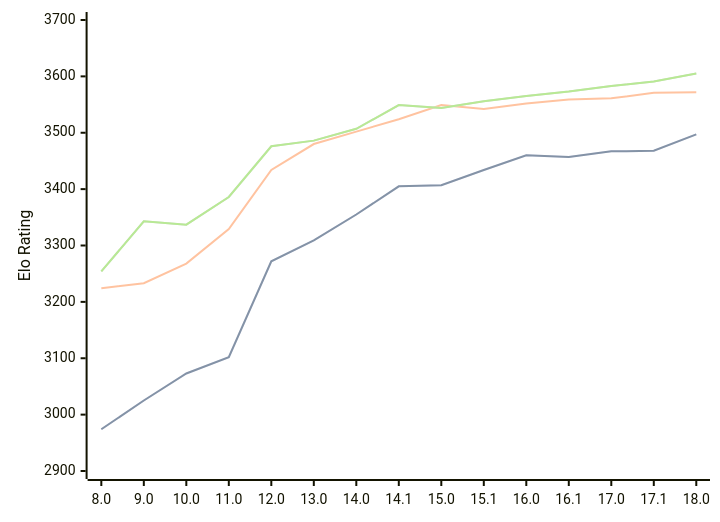
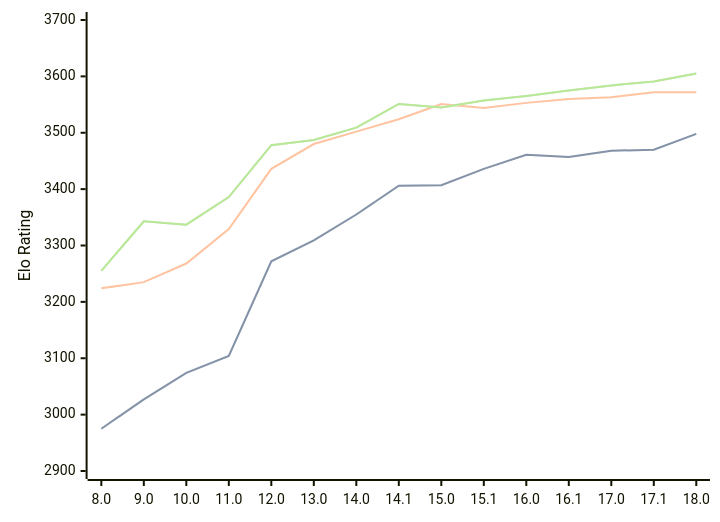
One commit to computer-chess-index/cci changed the first of 3 diagrams in engines/Stockfish.md. Above: the diagram before and after it, drawn with Mermaid. The commit also changed other lines of this file, not shown here.

Commit message:
Update CCI Ratings (ELO VLTC) - 2026-06-24

````diff
--- a/engines/Stockfish.md
+++ b/engines/Stockfish.md
@@ -46,11 +46,11 @@
 ```mermaid
 %%{init: {"theme":"base","themeVariables":{"seriesColors:['#a3a3a3','#222221','#faa371']}}}%%
 xychart-beta
   x-axis ["8.0", "9.0", "10.0", "11.0", "12.0", "13.0", "14.0", "14.1", "15.0", "15.1", "16.0", "16.1", "17.0", "17.1", "18.0"]
   y-axis "Elo Rating" 2900 --> 3700
-  line "STC (8.0+0.08s)" [2974, 3025, 3073, 3102, 3272, 3309, 3355, 3405, 3407, 3434, 3460, 3457, 3467, 3468, 3497]
-  line "STC (8.0+0.08s)" [2974, 3025, 3073, 3102, 3272, 3309, 3355, 3405, 3407, 3434, 3460, 3457, 3467, 3468, 3497]
-  line "LTC (60.0+0.60s)" [3224, 3233, 3268, 3329, 3434, 3480, 3502, 3524, 3549, 3542, 3552, 3559, 3561, 3571, 3572]
-  line "VLTC (2m24s+1.12s)" [3254, 3343, 3337, 3386, 3476, 3486, 3507, 3549, 3544, 3556, 3565, 3573, 3583, 3591, 3605]
-  line "VLTC (2m24s+1.12s)" [3254, 3343, 3337, 3386, 3476, 3486, 3507, 3549, 3544, 3556, 3565, 3573, 3583, 3591, 3605]
+  line "STC (8.0+0.08s)" [2975, 3027, 3074, 3104, 3272, 3309, 3355, 3406, 3407, 3436, 3461, 3457, 3468, 3470, 3498]
+  line "STC (8.0+0.08s)" [2975, 3027, 3074, 3104, 3272, 3309, 3355, 3406, 3407, 3436, 3461, 3457, 3468, 3470, 3498]
+  line "LTC (60.0+0.60s)" [3224, 3235, 3268, 3329, 3436, 3480, 3502, 3524, 3551, 3544, 3553, 3560, 3563, 3572, 3572]
+  line "VLTC (2m24s+1.12s)" [3255, 3343, 3337, 3386, 3478, 3487, 3509, 3551, 3545, 3557, 3565, 3575, 3584, 3591, 3605]
+  line "VLTC (2m24s+1.12s)" [3255, 3343, 3337, 3386, 3478, 3487, 3509, 3551, 3545, 3557, 3565, 3575, 3584, 3591, 3605]
 ```
````
